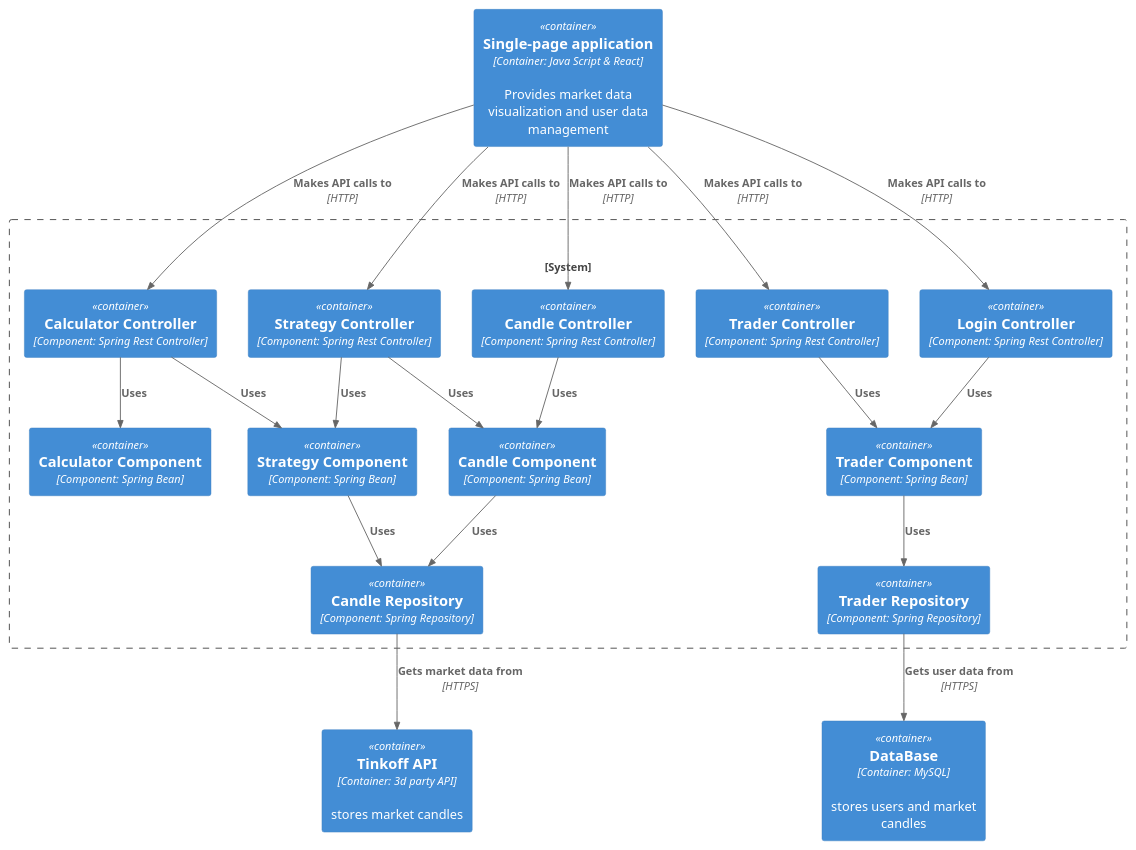
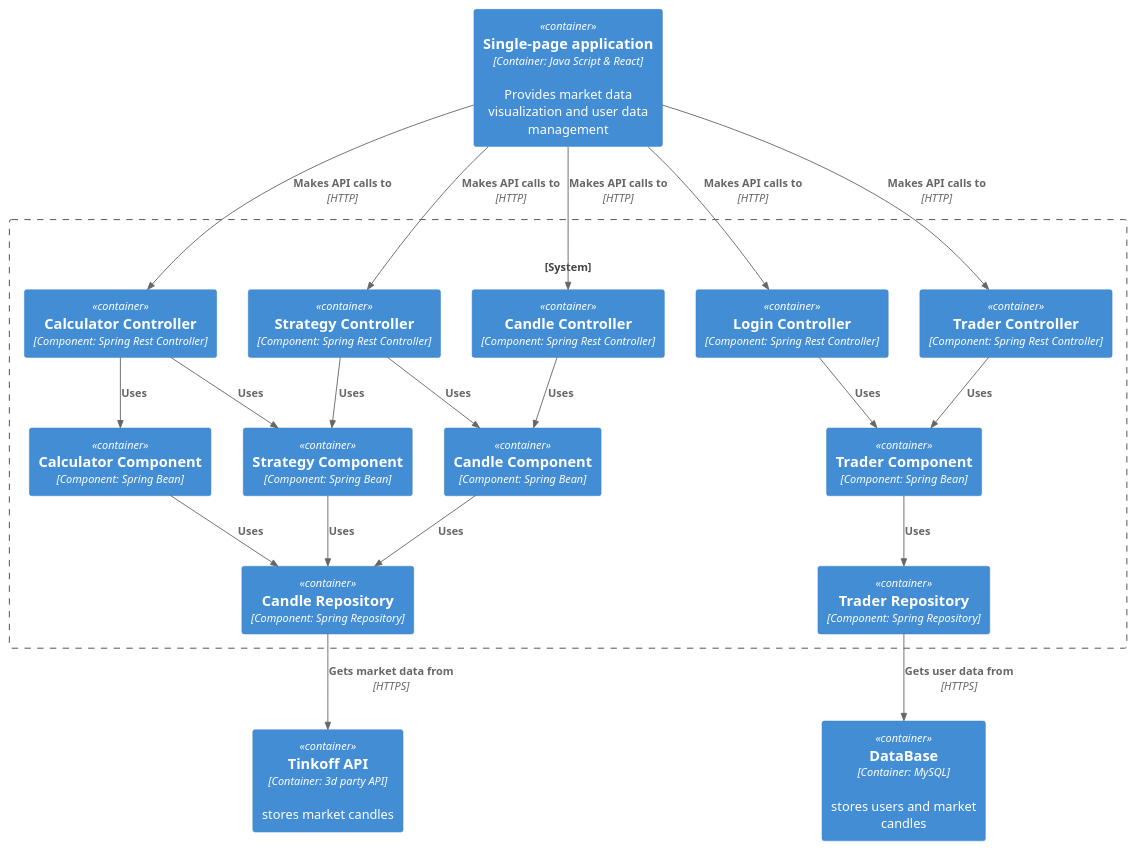
One commit to dansil2301/TradeX changed the diagram in Documents_TradeX/C4_diagrams/C3_diagram.puml. Above: the diagram before and after it, drawn with PlantUML. The commit also changed 1 other file, not shown here.

Commit message:
added pipeline diagram

```diff
--- a/Documents_TradeX/C4_diagrams/C3_diagram.puml
+++ b/Documents_TradeX/C4_diagrams/C3_diagram.puml
@@ -1,44 +1,45 @@
 @startuml Basic Sample
 !include https://raw.githubusercontent.com/plantuml-stdlib/C4-PlantUML/master/C4_Container.puml
 
 Container(singlePage, "Single-page application", "Container: Java Script & React", "Provides market data visualization and user data management")
 System_Boundary(c3, "") {
     Container(candleController, "Candle Controller", "Component: Spring Rest Controller", "")
     Container(strategyController, "Strategy Controller", "Component: Spring Rest Controller", "")
     Container(tradersController, "Trader Controller", "Component: Spring Rest Controller", "")
     Container(calculatorController, "Calculator Controller", "Component: Spring Rest Controller", "")
     Container(loginController, "Login Controller", "Component: Spring Rest Controller", "")
 
     Container(strategyComponent, "Strategy Component", "Component: Spring Bean", "")
     Container(candleComponent, "Candle Component", "Component: Spring Bean", "")
     Container(traderComponent, "Trader Component", "Component: Spring Bean", "")
     Container(calculatorComponent, "Calculator Component", "Component: Spring Bean", "")
 
     Container(candleRepository, "Candle Repository", "Component: Spring Repository", "")
     Container(traderRepository, "Trader Repository", "Component: Spring Repository", "")
 }
 Container(db, "DataBase", "Container: MySQL", "stores users and market candles")
 Container(tinkoffAPI, "Tinkoff API", "Container: 3d party API", "stores market candles")
 
 
 Rel(singlePage, candleController, "Makes API calls to", "HTTP")
 Rel(singlePage, strategyController, "Makes API calls to", "HTTP")
 Rel(singlePage, tradersController, "Makes API calls to", "HTTP")
 Rel(singlePage, calculatorController, "Makes API calls to", "HTTP")
 Rel(singlePage, loginController, "Makes API calls to", "HTTP")
 
 Rel(strategyController, strategyComponent, "Uses")
 Rel(strategyController, candleComponent, "Uses")
 Rel(candleController, candleComponent, "Uses")
 Rel(tradersController, traderComponent, "Uses")
 Rel(calculatorController, calculatorComponent, "Uses")
 Rel(calculatorController, strategyComponent, "Uses")
 Rel(loginController, traderComponent, "Uses")
 
 Rel(strategyComponent, candleRepository, "Uses")
 Rel(candleComponent, candleRepository, "Uses")
 Rel(traderComponent, traderRepository, "Uses")
+Rel(calculatorComponent, candleRepository, "Uses")
 
 Rel(candleRepository, tinkoffAPI, "Gets market data from", "HTTPS")
 Rel(traderRepository, db, "Gets user data from", "HTTPS")
 @enduml
```
